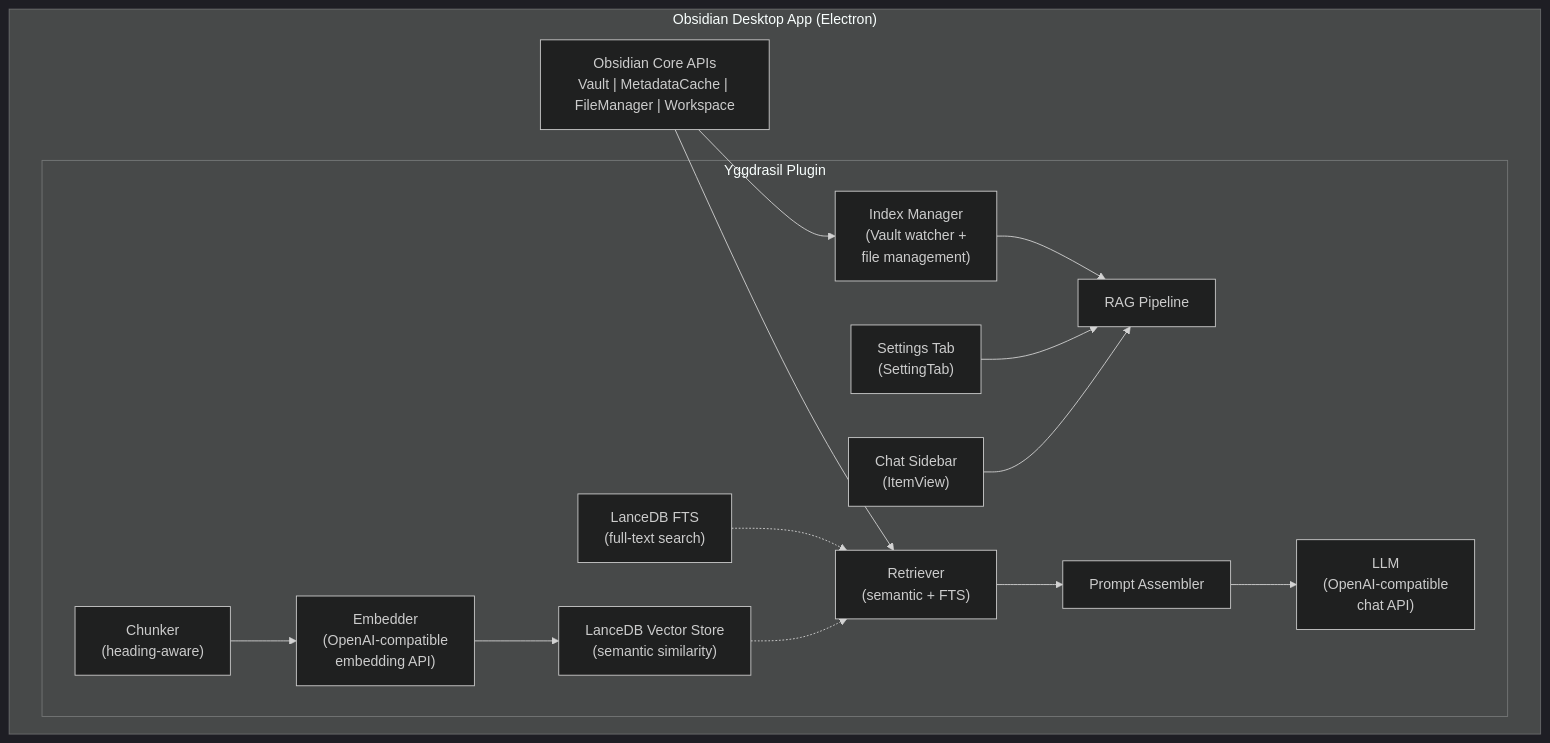
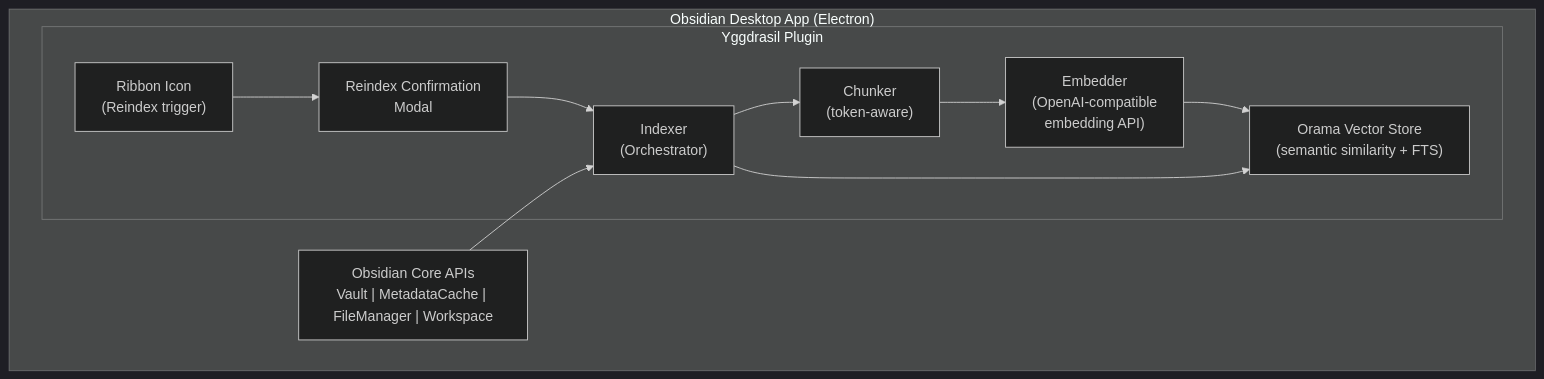
One commit to mareklinka/yggdrasil changed the diagram in .github/AGENTS.md. Above: the diagram before and after it, drawn with Mermaid (dark theme). The commit also changed other lines of this file and 19 other files, not shown here.

Commit message:
Initial RAG indexing - Phase 4 - orama

````diff
--- a/.github/AGENTS.md
+++ b/.github/AGENTS.md
@@ -29,40 +29,31 @@
 ```mermaid
 flowchart TD
     subgraph Obsidian["Obsidian Desktop App (Electron)"]
         subgraph Plugin["Yggdrasil Plugin"]
-            UI["Chat Sidebar\n(ItemView)"]
-            Settings["Settings Tab\n(SettingTab)"]
-            Index["Index Manager\n(Vault watcher +\nfile management)"]
+            Ribbon["Ribbon Icon\n(Reindex trigger)"]
+            Modal["Reindex Confirmation\nModal"]
 
-            RAG["RAG Pipeline"]
+            Indexer["Indexer\n(Orchestrator)"]
 
-            Chunker["Chunker\n(heading-aware)"]
+            Chunker["Chunker\n(token-aware)"]
             Embedder["Embedder\n(OpenAI-compatible\nembedding API)"]
-            Retriever["Retriever\n(semantic + FTS)"]
-            Prompt["Prompt Assembler"]
-            LLM["LLM\n(OpenAI-compatible\nchat API)"]
 
-            VectorDB["LanceDB Vector Store\n(semantic similarity)"]
-            FTS["LanceDB FTS\n(full-text search)"]
+            VectorDB["Orama Vector Store\n(semantic similarity + FTS)"]
         end
 
         ObsidianAPI["Obsidian Core APIs\nVault | MetadataCache | FileManager | Workspace"]
     end
 
     %% UI layer
-    UI --> RAG
-    Settings --> RAG
-    Index --> RAG
+    Ribbon --> Modal
+    Modal --> Indexer
 
     %% RAG pipeline flow
     Chunker --> Embedder
     Embedder --> VectorDB
-    VectorDB -.-> Retriever
-    FTS -.-> Retriever
-    Retriever --> Prompt
-    Prompt --> LLM
+    Indexer --> Chunker
+    Indexer --> VectorDB
 
     %% Data sources
-    ObsidianAPI --> Index
-    ObsidianAPI --> Retriever
+    ObsidianAPI --> Indexer
 ```
````
